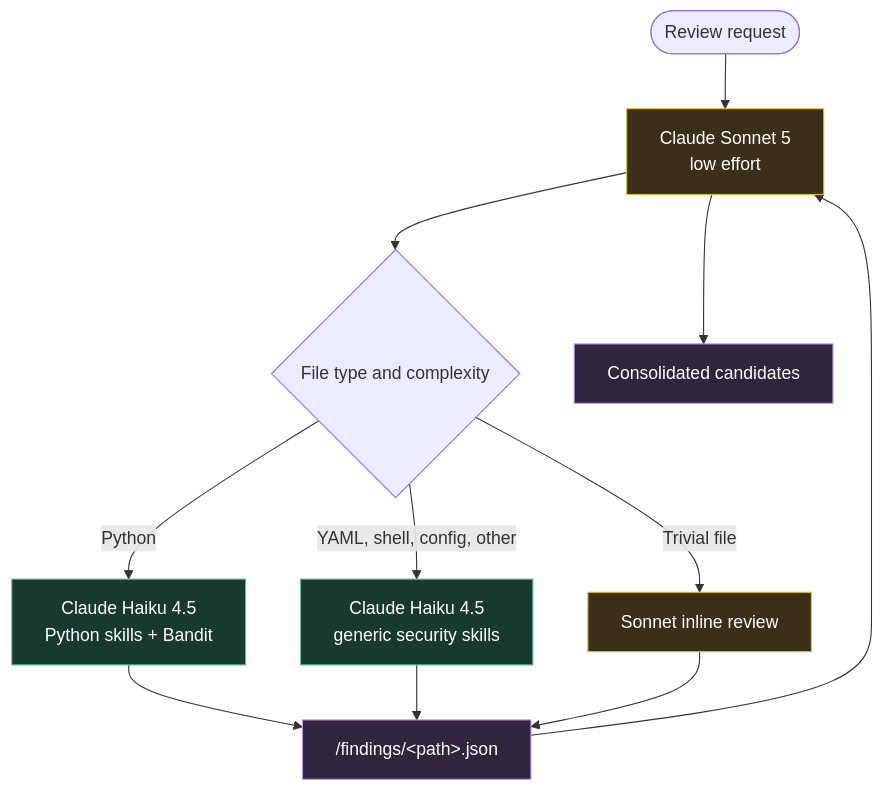
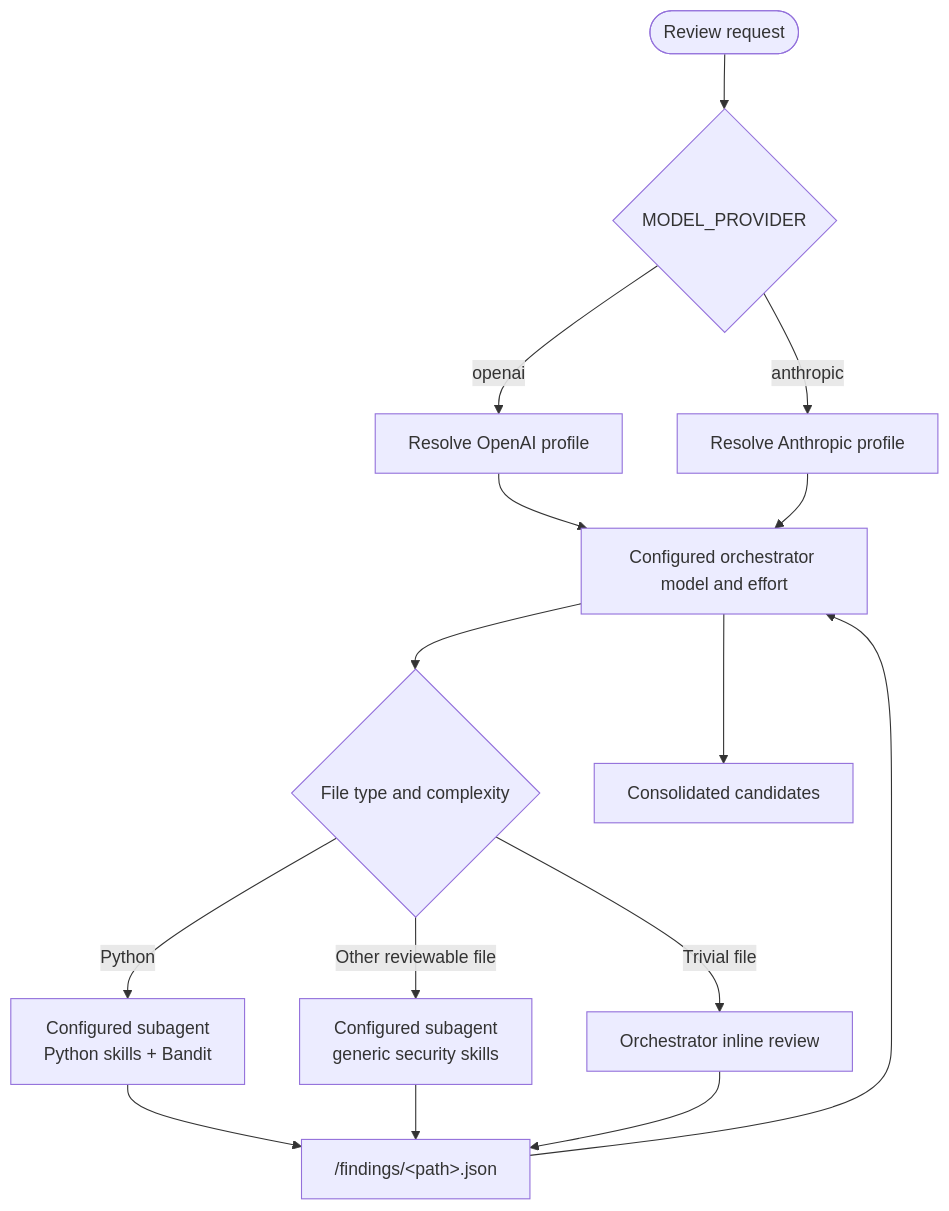
The second of 6 diagrams in docs/OPERATIONS_GUIDE.md (chatkausik/Quorum-Code-Review-Deep-Agent), drawn with Mermaid before and after one commit. The commit also changed other lines of this file and 33 other files, not shown here.

````diff
--- a/docs/OPERATIONS_GUIDE.md
+++ b/docs/OPERATIONS_GUIDE.md
@@ -78,20 +88,17 @@
 ```mermaid
 flowchart TD
-    Start([Review request]) --> S5[Claude Sonnet 5<br/>low effort]
-    S5 --> Decide{File type and complexity}
-    Decide -->|Python| Hpy[Claude Haiku 4.5<br/>Python skills + Bandit]
-    Decide -->|YAML, shell, config, other| Hgen[Claude Haiku 4.5<br/>generic security skills]
-    Decide -->|Trivial file| Inline[Sonnet inline review]
-    Hpy --> Artifact["/findings/&lt;path&gt;.json"]
-    Hgen --> Artifact
+    Start([Review request]) --> Provider{MODEL_PROVIDER}
+    Provider -->|openai| OpenAI[Resolve OpenAI profile]
+    Provider -->|anthropic| Anthropic[Resolve Anthropic profile]
+    OpenAI --> Orchestrator[Configured orchestrator model and effort]
+    Anthropic --> Orchestrator
+    Orchestrator --> Decide{File type and complexity}
+    Decide -->|Python| Py[Configured subagent<br/>Python skills + Bandit]
+    Decide -->|Other reviewable file| Generic[Configured subagent<br/>generic security skills]
+    Decide -->|Trivial file| Inline[Orchestrator inline review]
+    Py --> Artifact["/findings/&lt;path&gt;.json"]
+    Generic --> Artifact
     Inline --> Artifact
-    Artifact --> S5
-    S5 --> Final[Consolidated candidates]
-
-    classDef sonnet fill:#3b2f18,stroke:#e3bc3f,color:#fff;
-    classDef haiku fill:#17392f,stroke:#5fbf97,color:#fff;
-    classDef artifact fill:#2f263d,stroke:#bd93f9,color:#fff;
-    class S5,Inline sonnet;
-    class Hpy,Hgen haiku;
-    class Artifact,Final artifact;
+    Artifact --> Orchestrator
+    Orchestrator --> Final[Consolidated candidates]
 ```
````
